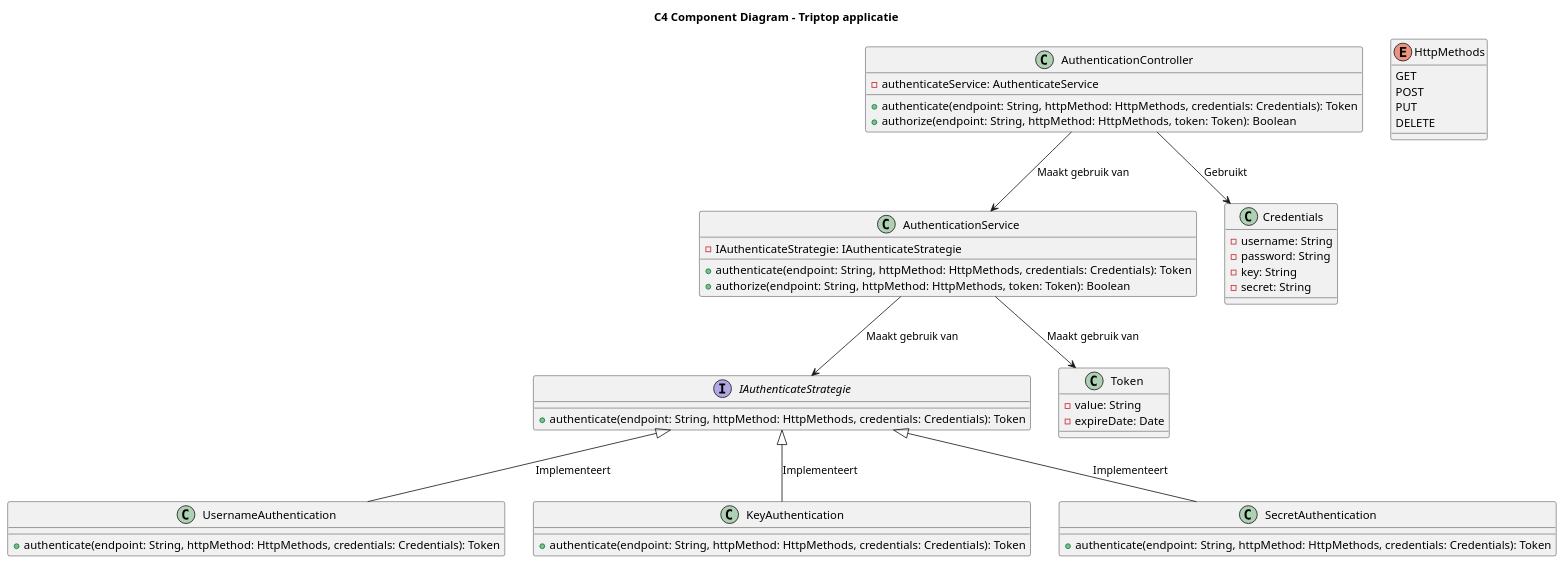
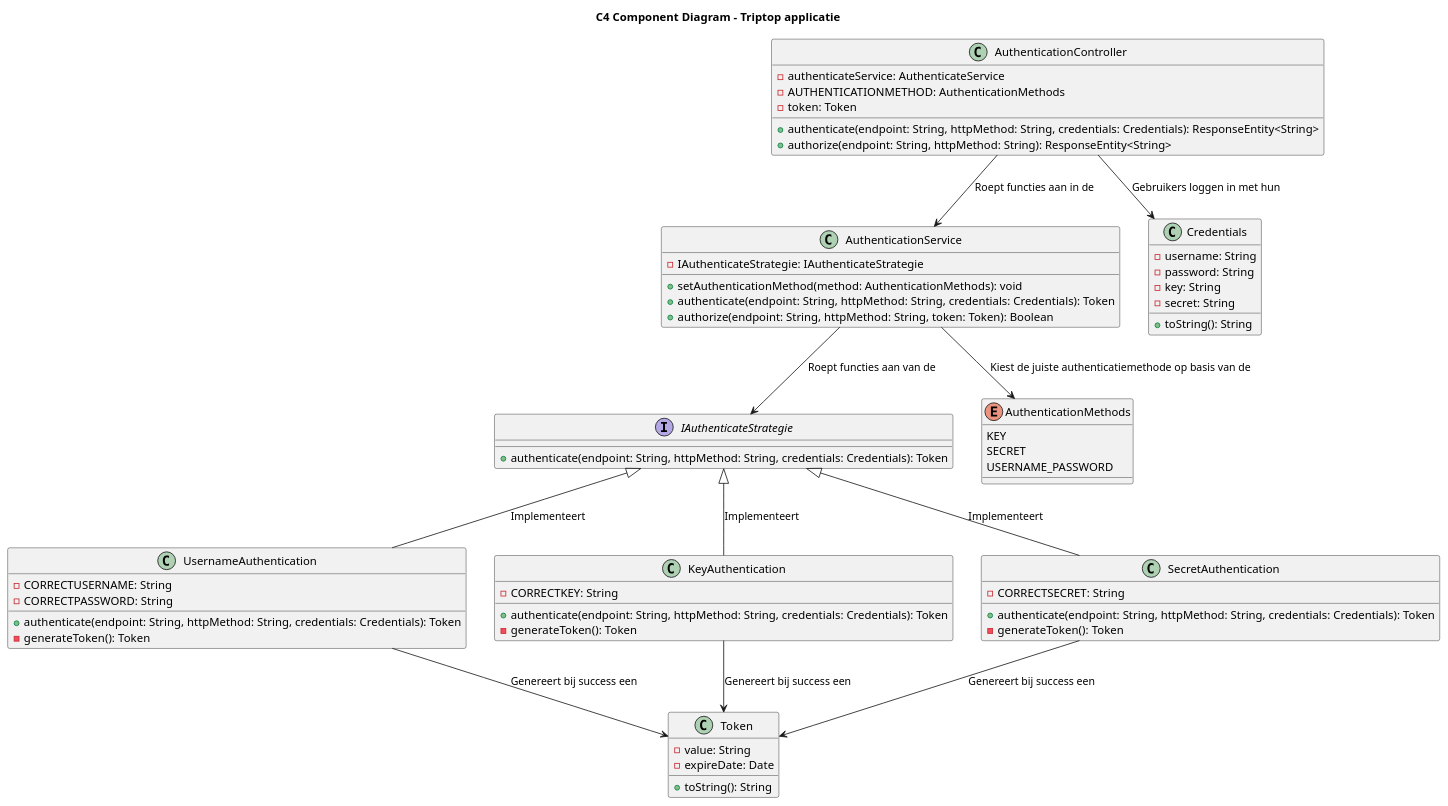
The diagram in opdracht-diagrammen/C4-Diagrammen/C4-Class-Diagram-Mischa.puml (AIM-ENE-feb25/triptop-peak-performers-groep-1), drawn with PlantUML before and after one commit. The commit also changed 2 other files, not shown here.

Commit message:
Klassediagram aangepast op prototype

```diff
--- a/opdracht-diagrammen/C4-Diagrammen/C4-Class-Diagram-Mischa.puml
+++ b/opdracht-diagrammen/C4-Diagrammen/C4-Class-Diagram-Mischa.puml
@@ -1,59 +1,73 @@
 @startuml
 title C4 Component Diagram - Triptop applicatie
 
 class AuthenticationController {
     - authenticateService: AuthenticateService
-    + authenticate(endpoint: String, httpMethod: HttpMethods, credentials: Credentials): Token
-    + authorize(endpoint: String, httpMethod: HttpMethods, token: Token): Boolean
+    - AUTHENTICATIONMETHOD: AuthenticationMethods
+    - token: Token
+    + authenticate(endpoint: String, httpMethod: String, credentials: Credentials): ResponseEntity<String>
+    + authorize(endpoint: String, httpMethod: String): ResponseEntity<String>
 }
 
 class AuthenticationService {
     - IAuthenticateStrategie: IAuthenticateStrategie
-    + authenticate(endpoint: String, httpMethod: HttpMethods, credentials: Credentials): Token
-    + authorize(endpoint: String, httpMethod: HttpMethods, token: Token): Boolean
+    + setAuthenticationMethod(method: AuthenticationMethods): void
+    + authenticate(endpoint: String, httpMethod: String, credentials: Credentials): Token
+    + authorize(endpoint: String, httpMethod: String, token: Token): Boolean
 }
 
 interface IAuthenticateStrategie {
-    + authenticate(endpoint: String, httpMethod: HttpMethods, credentials: Credentials): Token
+    + authenticate(endpoint: String, httpMethod: String, credentials: Credentials): Token
 }
 
 class UsernameAuthentication {
-    + authenticate(endpoint: String, httpMethod: HttpMethods, credentials: Credentials): Token
+    - CORRECTUSERNAME: String
+    - CORRECTPASSWORD: String
+    + authenticate(endpoint: String, httpMethod: String, credentials: Credentials): Token
+    - generateToken(): Token
 }
 
 class KeyAuthentication {
-    + authenticate(endpoint: String, httpMethod: HttpMethods, credentials: Credentials): Token
+    - CORRECTKEY: String
+    + authenticate(endpoint: String, httpMethod: String, credentials: Credentials): Token
+    - generateToken(): Token
 }
 
 class SecretAuthentication {
-    + authenticate(endpoint: String, httpMethod: HttpMethods, credentials: Credentials): Token
+    - CORRECTSECRET: String
+    + authenticate(endpoint: String, httpMethod: String, credentials: Credentials): Token
+    - generateToken(): Token
 }
 
 class Credentials {
     - username: String
     - password: String
     - key: String
     - secret: String
+    + toString(): String
 }
 
 class Token {
     - value: String
     - expireDate: Date
+    + toString(): String
 }
 
-enum HttpMethods {
-    GET
-    POST
-    PUT
-    DELETE
+enum AuthenticationMethods {
+    KEY
+    SECRET
+    USERNAME_PASSWORD
 }
 
-AuthenticationController --> AuthenticationService: Maakt gebruik van
-AuthenticationService --> IAuthenticateStrategie: Maakt gebruik van
-IAuthenticateStrategie <|-- UsernameAuthentication: Implementeert
+AuthenticationController --> AuthenticationService: Roept functies aan in de
+AuthenticationService --> IAuthenticateStrategie: Roept functies aan van de 
+IAuthenticateStrategie <|-- UsernameAuthentication: Implementeert 
 IAuthenticateStrategie <|-- KeyAuthentication: Implementeert
 IAuthenticateStrategie <|-- SecretAuthentication: Implementeert
-AuthenticationController --> Credentials: Gebruikt
-AuthenticationService --> Token: Maakt gebruik van
+UsernameAuthentication --> Token: Genereert bij success een 
+KeyAuthentication --> Token: Genereert bij success een
+SecretAuthentication --> Token: Genereert bij success een
+AuthenticationService --> AuthenticationMethods: Kiest de juiste authenticatiemethode op basis van de 
+AuthenticationController --> Credentials: Gebruikers loggen in met hun
 
 @enduml
```
